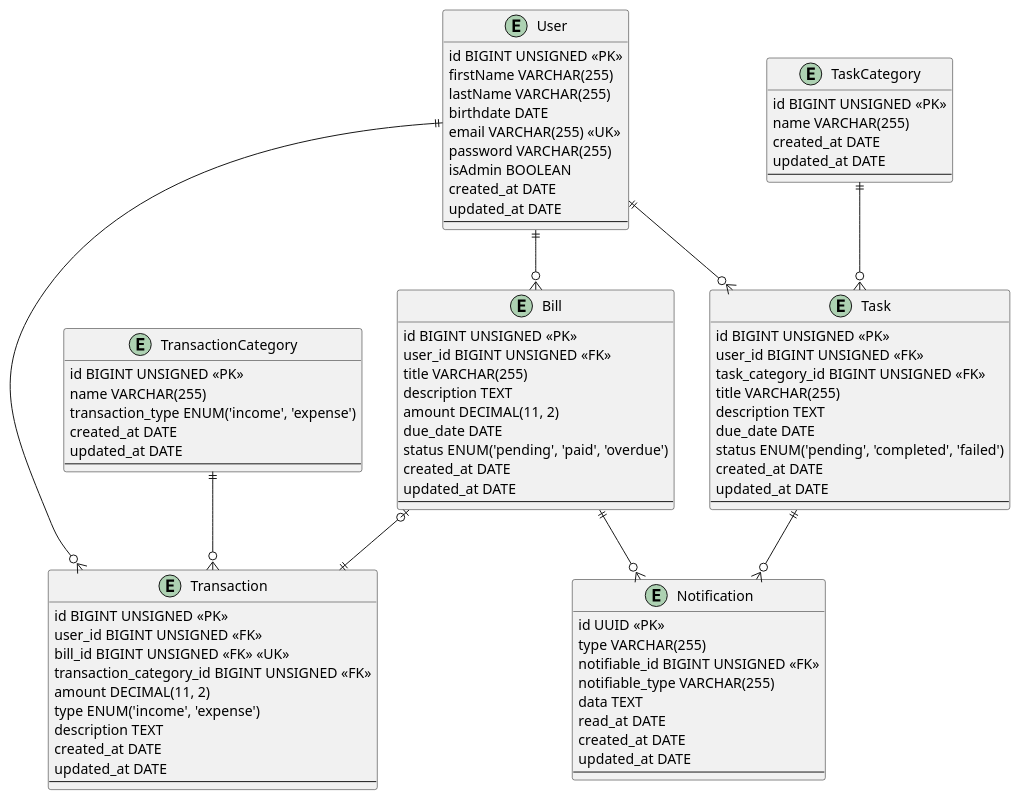
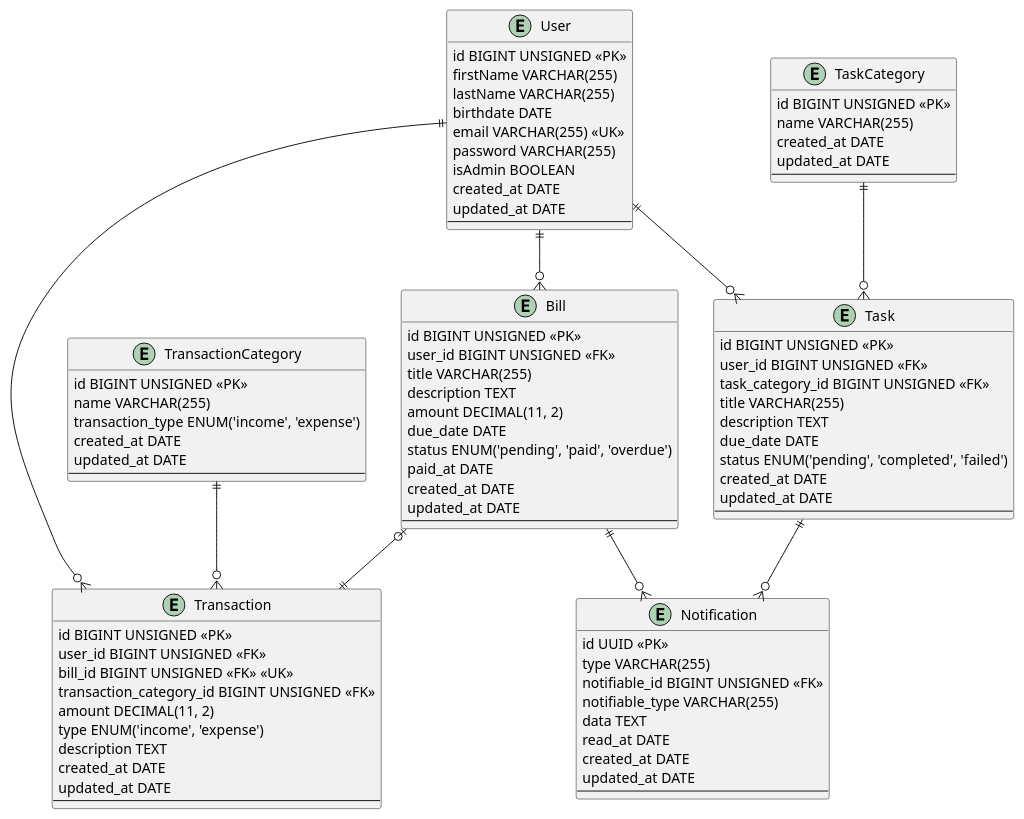
Before and after one commit to augusto-dmh/your-guardian: the diagram in database/design/erd.plantuml, drawn with PlantUML. The commit also changed 5 other files, not shown here.

```diff
--- a/database/design/erd.plantuml
+++ b/database/design/erd.plantuml
@@ -1,94 +1,95 @@
 @startuml erd
 
 entity User {
     id BIGINT UNSIGNED <<PK>>
     firstName VARCHAR(255)
     lastName VARCHAR(255)
     birthdate DATE
     email VARCHAR(255) <<UK>>
     password VARCHAR(255)
     isAdmin BOOLEAN
     created_at DATE
     updated_at DATE
     --
 }
 
 entity Transaction {
     id BIGINT UNSIGNED <<PK>>
     user_id BIGINT UNSIGNED <<FK>>
     bill_id BIGINT UNSIGNED <<FK>> <<UK>>
     transaction_category_id BIGINT UNSIGNED <<FK>>
     amount DECIMAL(11, 2)
     type ENUM('income', 'expense')
     description TEXT
     created_at DATE
     updated_at DATE
     --
 }
 
 entity Bill {
     id BIGINT UNSIGNED <<PK>>
     user_id BIGINT UNSIGNED <<FK>>
     title VARCHAR(255)
     description TEXT
     amount DECIMAL(11, 2)
     due_date DATE
     status ENUM('pending', 'paid', 'overdue')
+    paid_at DATE
     created_at DATE
     updated_at DATE
     --
 }
 
 entity Notification {
     id UUID <<PK>>
     type VARCHAR(255)
     notifiable_id BIGINT UNSIGNED <<FK>>
     notifiable_type VARCHAR(255)
     data TEXT
     read_at DATE
     created_at DATE
     updated_at DATE
     --
 }
 
 entity Task {
     id BIGINT UNSIGNED <<PK>>
     user_id BIGINT UNSIGNED <<FK>>
     task_category_id BIGINT UNSIGNED <<FK>>
     title VARCHAR(255)
     description TEXT
     due_date DATE
     status ENUM('pending', 'completed', 'failed')
     created_at DATE
     updated_at DATE
     --
 }
 
 entity TransactionCategory {
     id BIGINT UNSIGNED <<PK>>
     name VARCHAR(255)
     transaction_type ENUM('income', 'expense')
     created_at DATE
     updated_at DATE
     --
 }
 
 entity TaskCategory {
     id BIGINT UNSIGNED <<PK>>
     name VARCHAR(255)
     created_at DATE
     updated_at DATE
     --
 }
 
 
 User ||--o{ Transaction
 User ||--o{ Bill
 Bill ||--o{ Notification
 Task ||--o{ Notification
 User ||--o{ Task
 TaskCategory ||--o{ Task
 TransactionCategory ||--o{ Transaction
 Bill |o--|| Transaction
 
 @enduml
```
